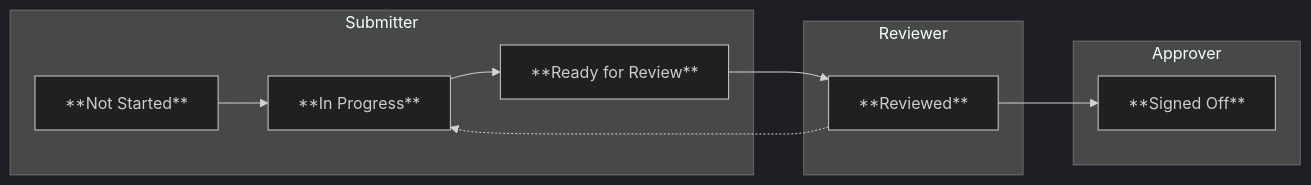
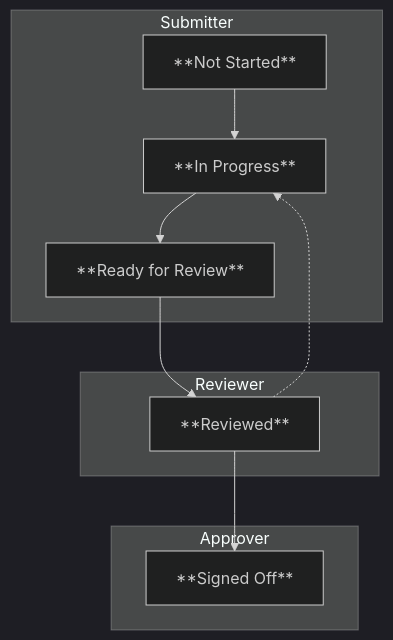
One commit to validmind/documentation changed the diagram in site/guide/attestation/working-with-attestations.qmd. Above: the diagram before and after it, drawn with Mermaid (dark theme). The commit also changed other lines of this file, not shown here.

Commit message:
Embed animated GIF in overview topic & tweak mermaid diagram

````diff
--- a/site/guide/attestation/working-with-attestations.qmd
+++ b/site/guide/attestation/working-with-attestations.qmd
@@ -50,16 +46,16 @@
 ```{mermaid}
-graph LR
+graph TD
     subgraph Submitter
         A["**Not Started**"] --> B["**In Progress**"]
         B --> C["**Ready for Review**"]
     end
     
     subgraph Reviewer
         C --> D["**Reviewed**"]
         D -.-> B
     end
     
     subgraph Approver
         D --> E["**Signed Off**"]
     end
 ```
````
